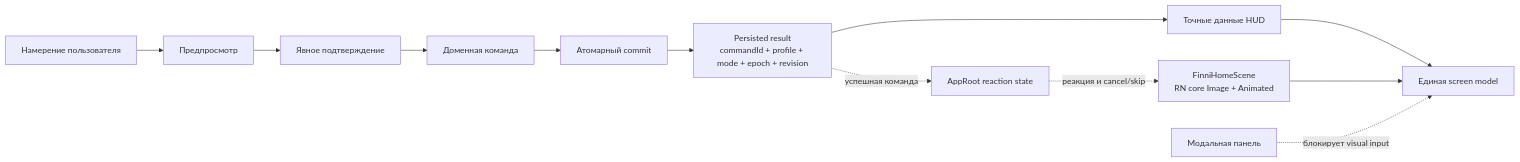
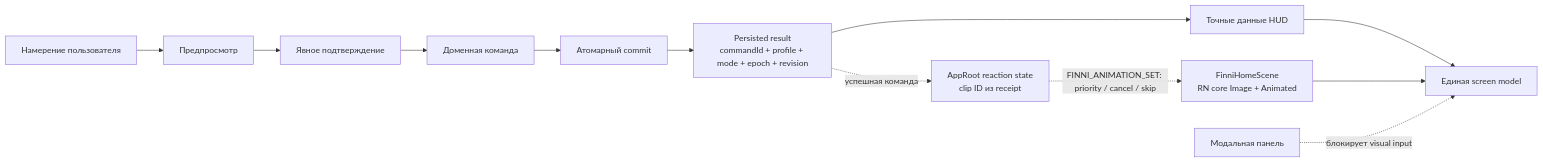
One commit to meshnavigator/Finni-App changed the second of 2 diagrams in docs/mermaid/PROJECT_FLOW_MERMAID.md. Above: the diagram before and after it, drawn with Mermaid. The commit also changed other lines of this file and 31 other files, not shown here.

````diff
--- a/docs/mermaid/PROJECT_FLOW_MERMAID.md
+++ b/docs/mermaid/PROJECT_FLOW_MERMAID.md
@@ -127,14 +136,14 @@
 ```mermaid
 flowchart LR
     Intent[Намерение пользователя] --> Preview[Предпросмотр]
     Preview --> Confirm[Явное подтверждение]
     Confirm --> Command[Доменная команда]
     Command --> Persist[Атомарный commit]
     Persist --> Result[Persisted result<br/>commandId + profile + mode + epoch + revision]
     Result --> HUD[Точные данные HUD]
-    Result -. успешная команда .-> Controller[AppRoot reaction state]
-    Controller -. реакция и cancel/skip .-> Scene[FinniHomeScene<br/>RN core Image + Animated]
+    Result -. успешная команда .-> Controller[AppRoot reaction state<br/>clip ID из receipt]
+    Controller -. FINNI_ANIMATION_SET: priority / cancel / skip .-> Scene[FinniHomeScene<br/>RN core Image + Animated]
     HUD --> Screen[Единая screen model]
     Scene --> Screen
     Panel[Модальная панель] -. блокирует visual input .-> Screen
 ```
````
